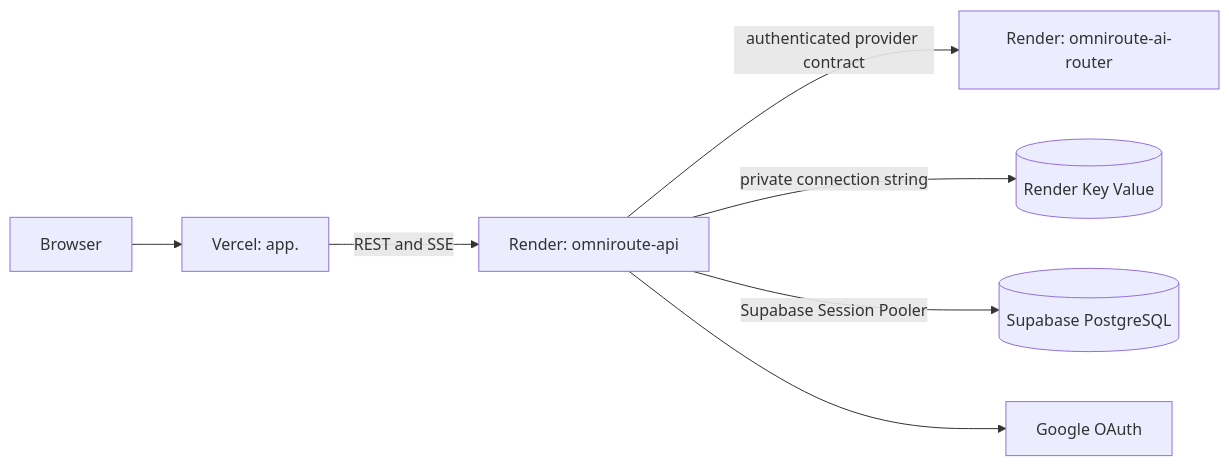
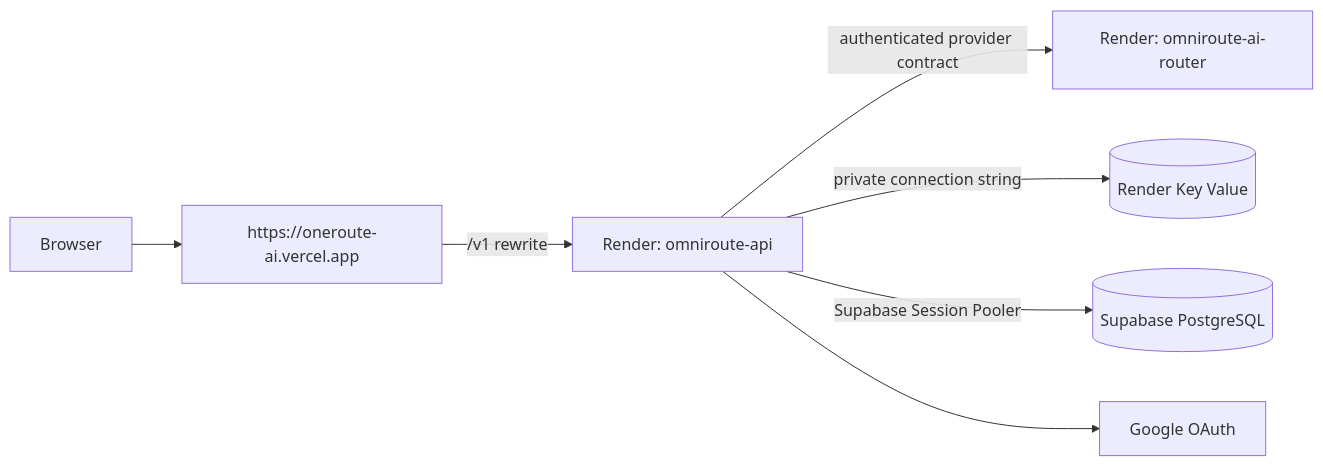
Before and after one commit to rishabh-git88/omniroute: the diagram in docs/devops/Render.md, drawn with Mermaid. The commit also changed other lines of this file and 14 other files, not shown here.

Commit message:
configure same-origin Vercel Render deployment

````diff
--- a/docs/devops/Render.md
+++ b/docs/devops/Render.md
@@ -14,9 +14,9 @@
 ```mermaid
 flowchart LR
-    Browser --> Vercel[Vercel: app.<domain>]
-    Vercel -->|REST and SSE| API[Render: omniroute-api]
+    Browser --> Vercel[https://oneroute-ai.vercel.app]
+    Vercel -->|/v1 rewrite| API[Render: omniroute-api]
     API -->|authenticated provider contract| Router[Render: omniroute-ai-router]
     API -->|private connection string| Cache[(Render Key Value)]
     API -->|Supabase Session Pooler| Database[(Supabase PostgreSQL)]
     API --> Google[Google OAuth]
 ```
````
